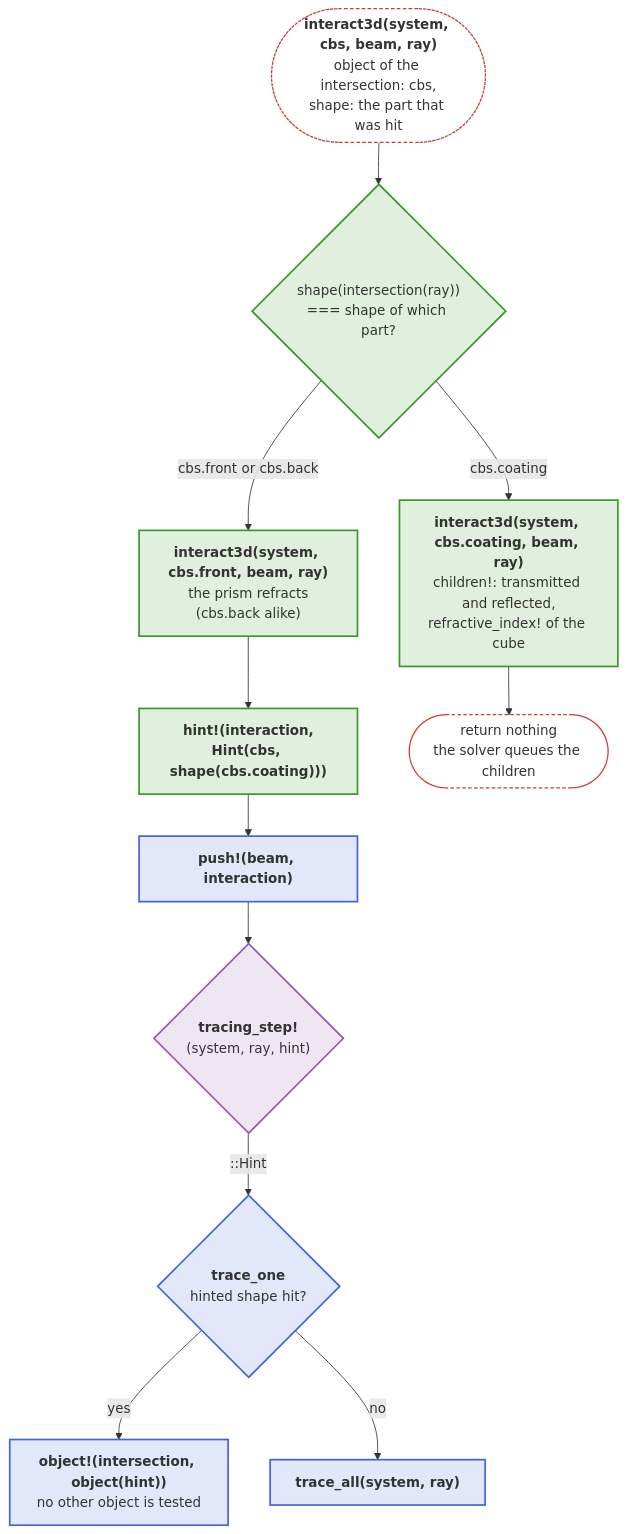
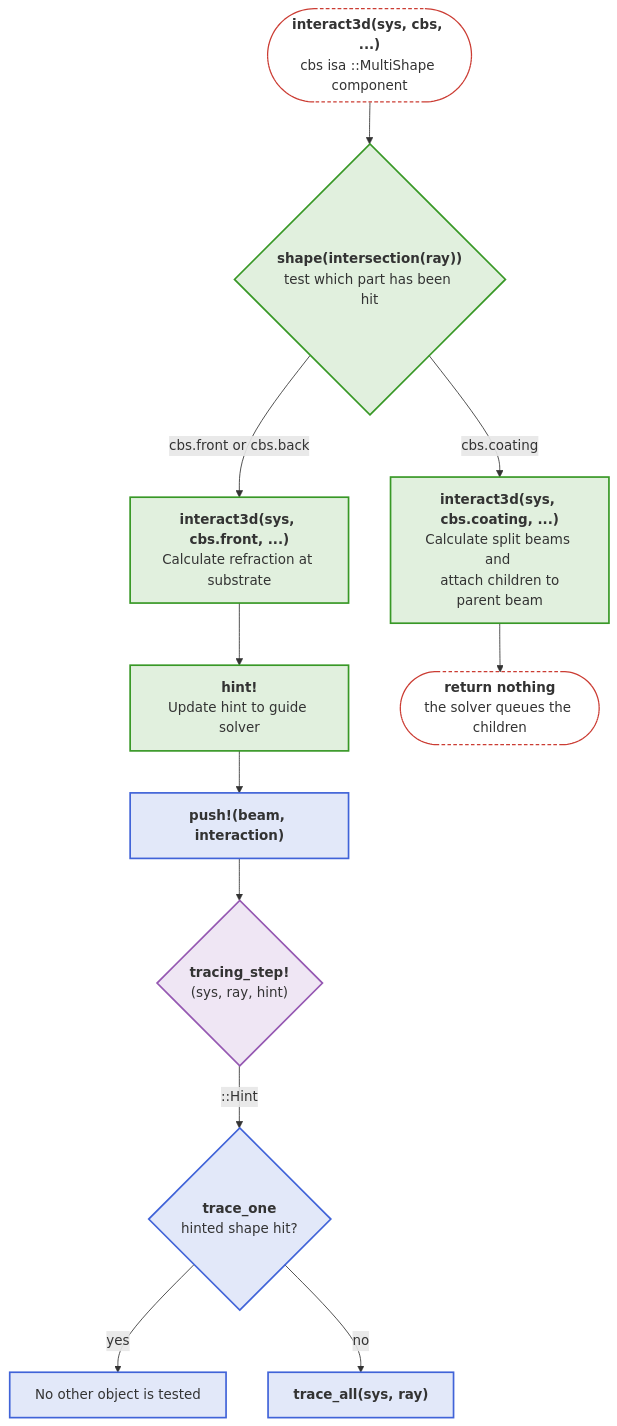
Before and after one commit to JuliaPhysics/BeamletOptics.jl: the fourth of 6 diagrams in docs/src/api/core.md, drawn with Mermaid. The commit also changed other lines of this file and 94 other files, not shown here.

````diff
--- a/docs/src/api/core.md
+++ b/docs/src/api/core.md
@@ -209,30 +204,30 @@
 ```mermaid
 flowchart TB
-    S(["<b>interact3d(system, cbs, beam, ray)</b><br/>object of the intersection: cbs,<br/>shape: the part that was hit"])
-    F{"shape(intersection(ray))<br/>=== shape of which part?"}
-    PR["<b>interact3d(system, cbs.front, beam, ray)</b><br/>the prism refracts<br/>(cbs.back alike)"]
-    H["<b>hint!(interaction,</b><br/><b>Hint(cbs, shape(cbs.coating)))</b>"]
-    CO["<b>interact3d(system, cbs.coating, beam, ray)</b><br/>children!: transmitted and reflected,<br/>refractive_index! of the cube"]
-    N(["return nothing<br/>the solver queues the children"])
+    S(["<b>interact3d(sys, cbs, ...)</b><br/>cbs isa ::MultiShape component<br/>"])
+    F{"<b>shape(intersection(ray))</b><br/>test which part has been hit"}
+    PR["<b>interact3d(sys, cbs.front, ...)</b><br/>Calculate refraction at substrate"]
+    H["<b>hint!</b><br>Update hint to guide solver"]
+    CO["<b>interact3d(sys, cbs.coating, ...)</b><br/>Calculate split beams and <br/> attach children to parent beam"]
+    N(["<b>return nothing</b><br/>the solver queues the children"])
     P["<b>push!(beam, interaction)</b>"]
-    TST{"<b>tracing_step!</b><br/>(system, ray, hint)"}
+    TST{"<b>tracing_step!</b><br/>(sys, ray, hint)"}
     HS{"<b>trace_one</b><br/>hinted shape hit?"}
-    OB["<b>object!(intersection, object(hint))</b><br/>no other object is tested"]
-    TA["<b>trace_all(system, ray)</b>"]
+    OB["No other object is tested"]
+    TA["<b>trace_all(sys, ray)</b>"]
 
     S --> F
     F -- "cbs.front or cbs.back" --> PR --> H --> P --> TST
     F -- "cbs.coating" --> CO --> N
     TST -- "::Hint" --> HS
     HS -- yes --> OB
     HS -- no --> TA
 
     classDef blue fill:#4063D826,stroke:#4063D8,stroke-width:2px
     classDef green fill:#38982626,stroke:#389826,stroke-width:2px
     classDef purple fill:#9558B226,stroke:#9558B2,stroke-width:2px
     classDef terminal fill:transparent,stroke:#CB3C33,stroke-width:1.5px,stroke-dasharray:4 3
     class P,OB,TA,HS blue
     class F,H,PR,CO green
     class TST purple
     class S,N terminal
 ```
````
